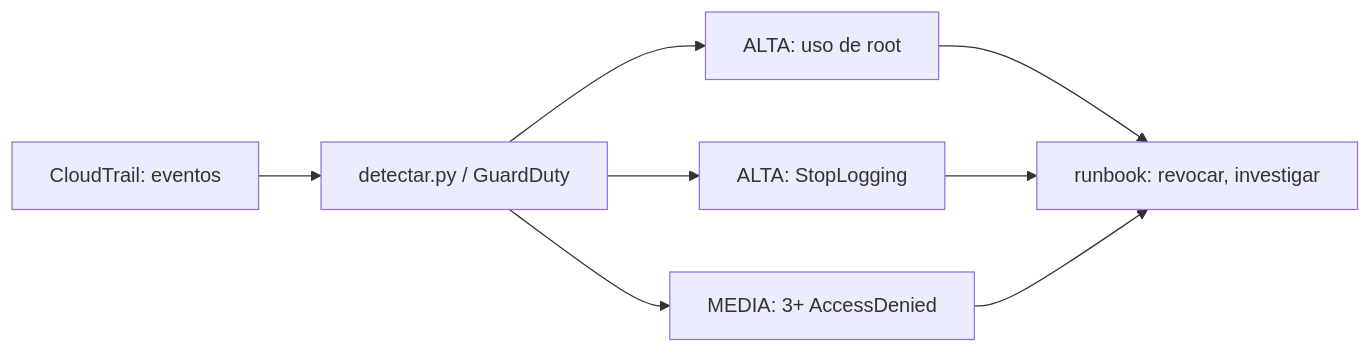
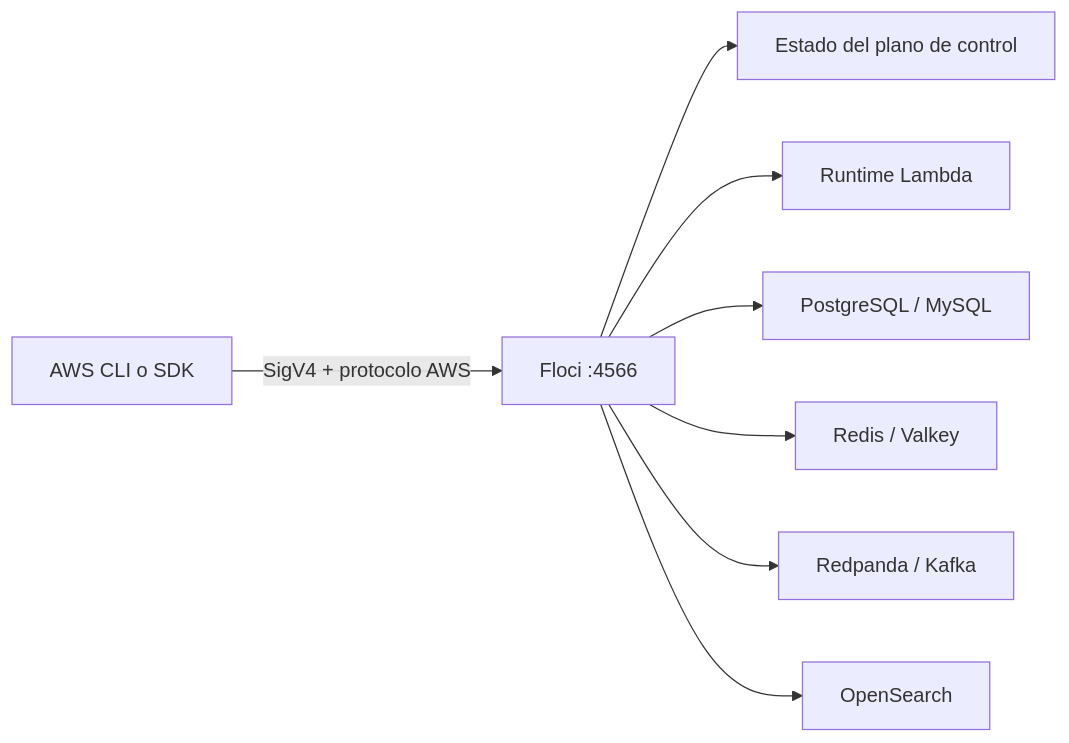
The first of 8 diagrams in web/public/content/cloud/modulo-33.md (NICORUIZ93/The_Imperial_Book), drawn with Mermaid before and after one commit. The commit also changed other lines of this file and 305 other files, not shown here.

````diff
--- a/web/public/content/cloud/modulo-33.md
+++ b/web/public/content/cloud/modulo-33.md
@@ -344,8 +58,10 @@
 ```mermaid
 flowchart LR
-    CT["CloudTrail: eventos"] --> D["detectar.py / GuardDuty"]
-    D --> A1["ALTA: uso de root"]
-    D --> A2["ALTA: StopLogging"]
-    D --> A3["MEDIA: 3+ AccessDenied"]
-    A1 & A2 & A3 --> R["runbook: revocar, investigar"]
+  Client["AWS CLI o SDK"] -->|"SigV4 + protocolo AWS"| Floci["Floci :4566"]
+  Floci --> Control["Estado del plano de control"]
+  Floci --> Runtime["Runtime Lambda"]
+  Floci --> SQL["PostgreSQL / MySQL"]
+  Floci --> Redis["Redis / Valkey"]
+  Floci --> Kafka["Redpanda / Kafka"]
+  Floci --> Search["OpenSearch"]
 ```
````
